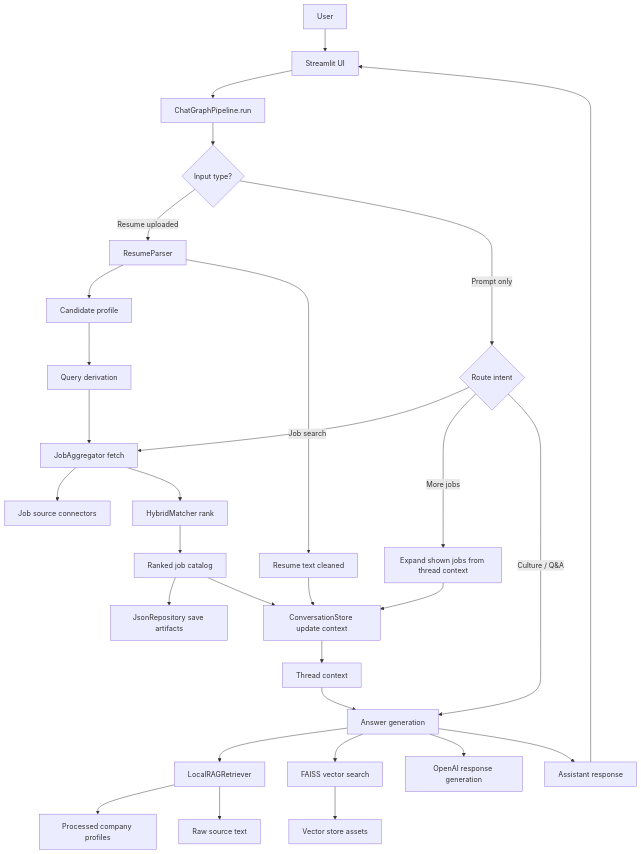
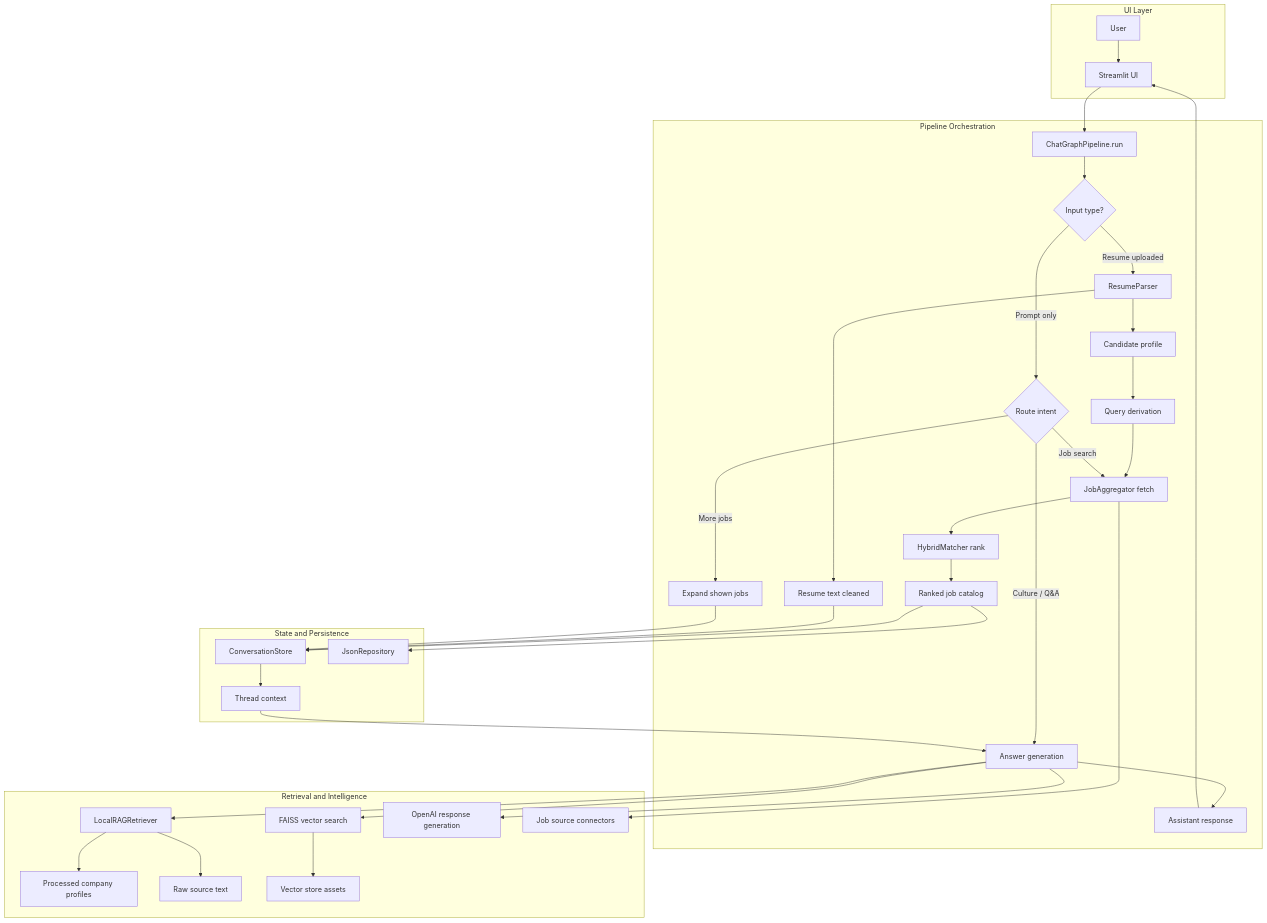
The diagram in README.md (Ashleshupganlawar/career-intel-assistant), drawn with Mermaid before and after one commit.

Commit message:
Polish Mermaid diagram layout

````diff
--- a/README.md
+++ b/README.md
@@ -96,35 +96,72 @@
 ```mermaid
 flowchart TD
-    U[User] --> UI[Streamlit UI]
-    UI --> GP[ChatGraphPipeline.run]
-    GP --> R{Input type?}
+    subgraph UI_Layer[UI Layer]
+        U[User]
+        UI[Streamlit UI]
+    end
 
-    R -->|Resume uploaded| RP[ResumeParser]
-    RP --> CP[Candidate profile]
-    RP --> ORT[Resume text cleaned]
-    CP --> QD[Query derivation]
-    QD --> JA[JobAggregator fetch]
-    JA --> JS[Job source connectors]
-    JA --> HM[HybridMatcher rank]
-    HM --> JC[Ranked job catalog]
-    JC --> JR[JsonRepository save artifacts]
-    JC --> CS[ConversationStore update context]
+    subgraph Orchestration[Pipeline Orchestration]
+        GP[ChatGraphPipeline.run]
+        R{Input type?}
+        RI{Route intent}
+        RP[ResumeParser]
+        CP[Candidate profile]
+        ORT[Resume text cleaned]
+        QD[Query derivation]
+        JA[JobAggregator fetch]
+        HM[HybridMatcher rank]
+        JC[Ranked job catalog]
+        MJ[Expand shown jobs]
+        QA[Answer generation]
+        AR[Assistant response]
+    end
+
+    subgraph Retrieval[Retrieval and Intelligence]
+        LR[LocalRAGRetriever]
+        FV[FAISS vector search]
+        OA[OpenAI response generation]
+        JS[Job source connectors]
+        PCP[Processed company profiles]
+        RS[Raw source text]
+        VS[Vector store assets]
+    end
+
+    subgraph Storage[State and Persistence]
+        CS[ConversationStore]
+        TC[Thread context]
+        JR[JsonRepository]
+    end
+
+    U --> UI
+    UI --> GP
+    GP --> R
+
+    R -->|Resume uploaded| RP
+    RP --> CP
+    RP --> ORT
+    CP --> QD
+    QD --> JA
+    JA --> JS
+    JA --> HM
+    HM --> JC
+    JC --> JR
+    JC --> CS
     ORT --> CS
 
-    R -->|Prompt only| RI{Route intent}
+    R -->|Prompt only| RI
     RI -->|Job search| JA
-    RI -->|More jobs| MJ[Expand shown jobs from thread context]
+    RI -->|More jobs| MJ
     MJ --> CS
-    RI -->|Culture / Q&A| QA[Answer generation]
+    RI -->|Culture / Q&A| QA
 
-    CS --> TC[Thread context]
+    CS --> TC
     TC --> QA
-    QA --> LR[LocalRAGRetriever]
-    QA --> FV[FAISS vector search]
-    QA --> OA[OpenAI response generation]
-    LR --> PCP[Processed company profiles]
-    LR --> RS[Raw source text]
-    FV --> VS[Vector store assets]
-    QA --> AR[Assistant response]
+    QA --> LR
+    QA --> FV
+    QA --> OA
+    LR --> PCP
+    LR --> RS
+    FV --> VS
+    QA --> AR
     AR --> UI
 ```
````
